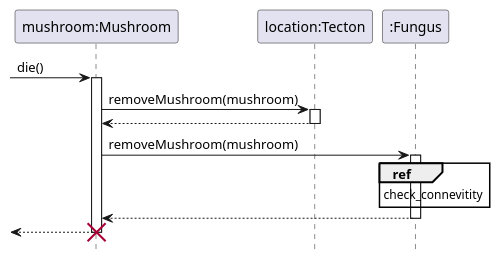
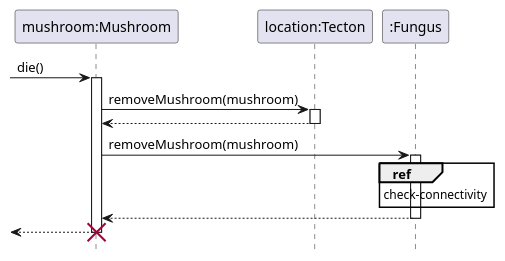
One commit to ZD4ve/projlab-error521 changed the diagram in Mushroom/mushroom-death.pu. Above: the diagram before and after it, drawn with PlantUML. The commit also changed 7 other files, not shown here.

```diff
--- a/Mushroom/mushroom-death.pu
+++ b/Mushroom/mushroom-death.pu
@@ -1,26 +1,26 @@
 @startuml Mushroom/mushroom-death
 hide footbox
 
 participant "mushroom:Mushroom" as mushroom
 participant "location:Tecton" as location
 participant ":Fungus" as fungus
 
 'TODO self to self?
 -> mushroom : die()
 activate mushroom
 
 mushroom -> location : removeMushroom(mushroom)
 activate location
 return
 
 mushroom -> fungus : removeMushroom(mushroom)
 activate fungus
 ref over fungus
-    check_connevitity 
+    check-connectivity 
 end ref
 return
 
 <-- mushroom
 destroy mushroom
 
 @enduml
```
